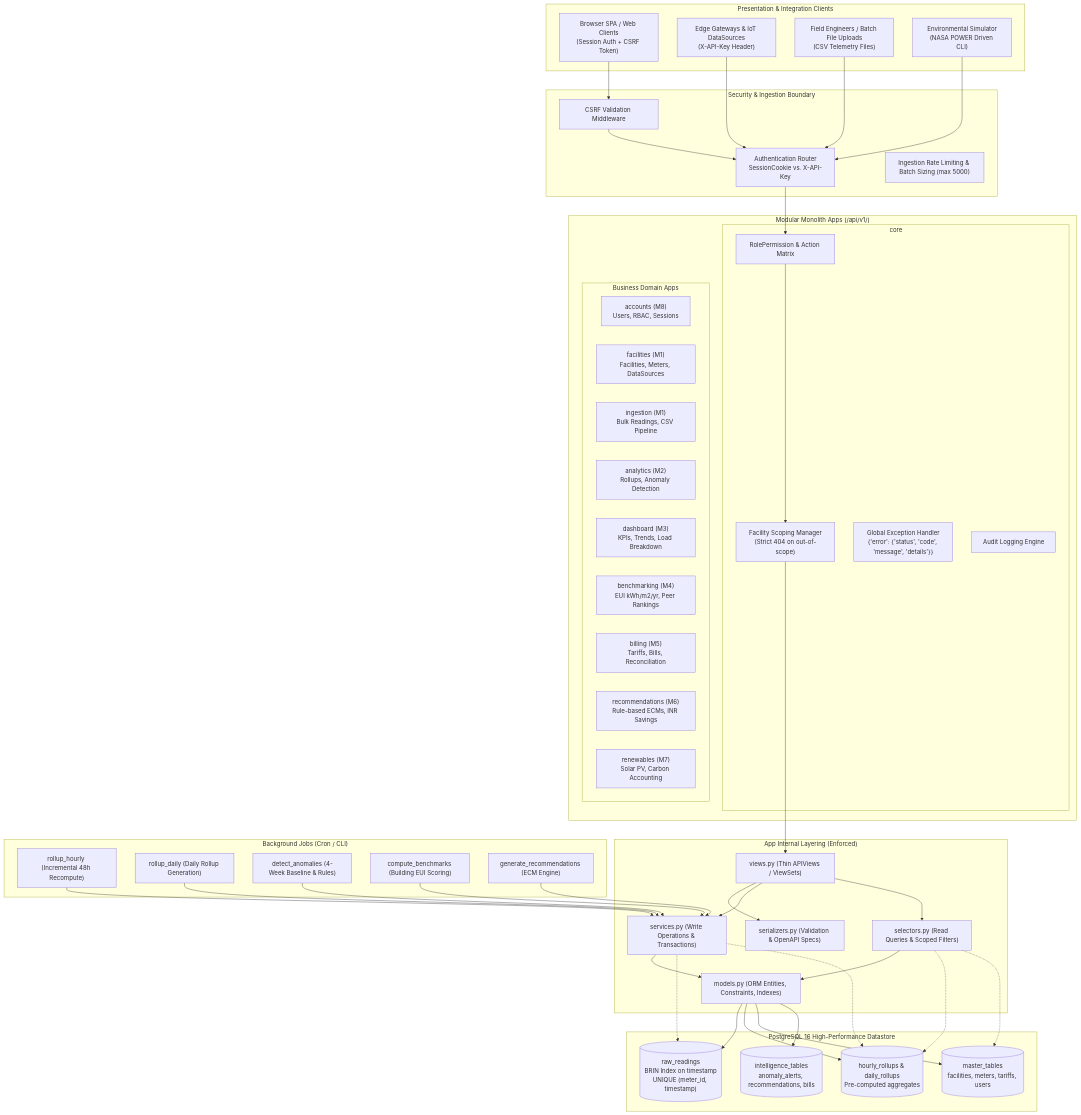
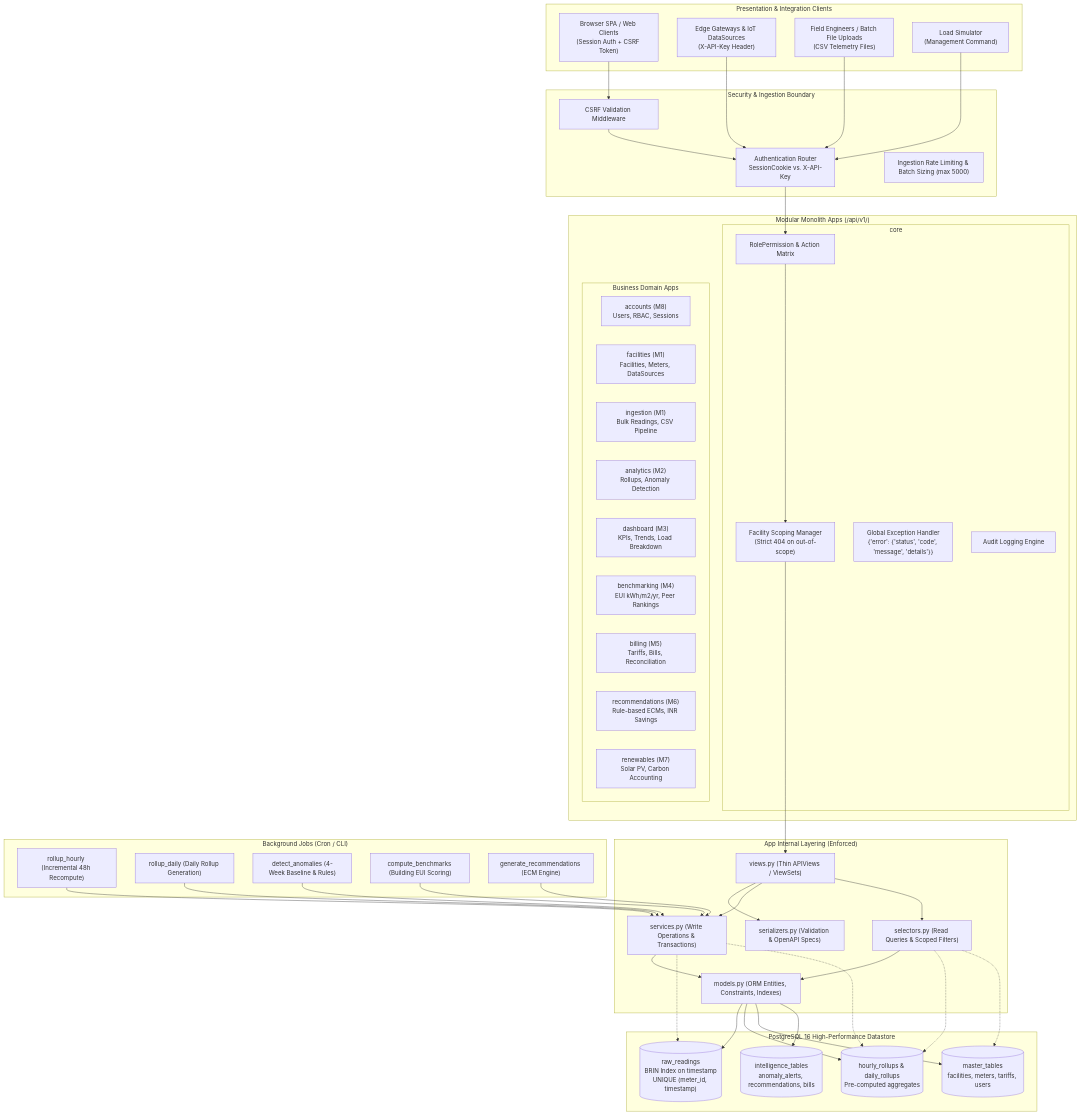
Before and after one commit to Priyanshu2068/mca2-fsdpython-greengrid: the first of 2 diagrams in docs/architecture.md, drawn with Mermaid. The commit also changed 3 other files, not shown here.

```diff
--- a/docs/architecture.md
+++ b/docs/architecture.md
@@ -14,7 +14,7 @@
         WEB["Browser SPA / Web Clients\n(Session Auth + CSRF Token)"]
         EDGE["Edge Gateways & IoT DataSources\n(X-API-Key Header)"]
         CSV_CL["Field Engineers / Batch File Uploads\n(CSV Telemetry Files)"]
-        SIM_CL["Environmental Simulator\n(NASA POWER Driven CLI)"]
+        SIM_CL["Load Simulator\n(Management Command)"]
     end
 
     subgraph SecurityGateway["Security & Ingestion Boundary"]
```
